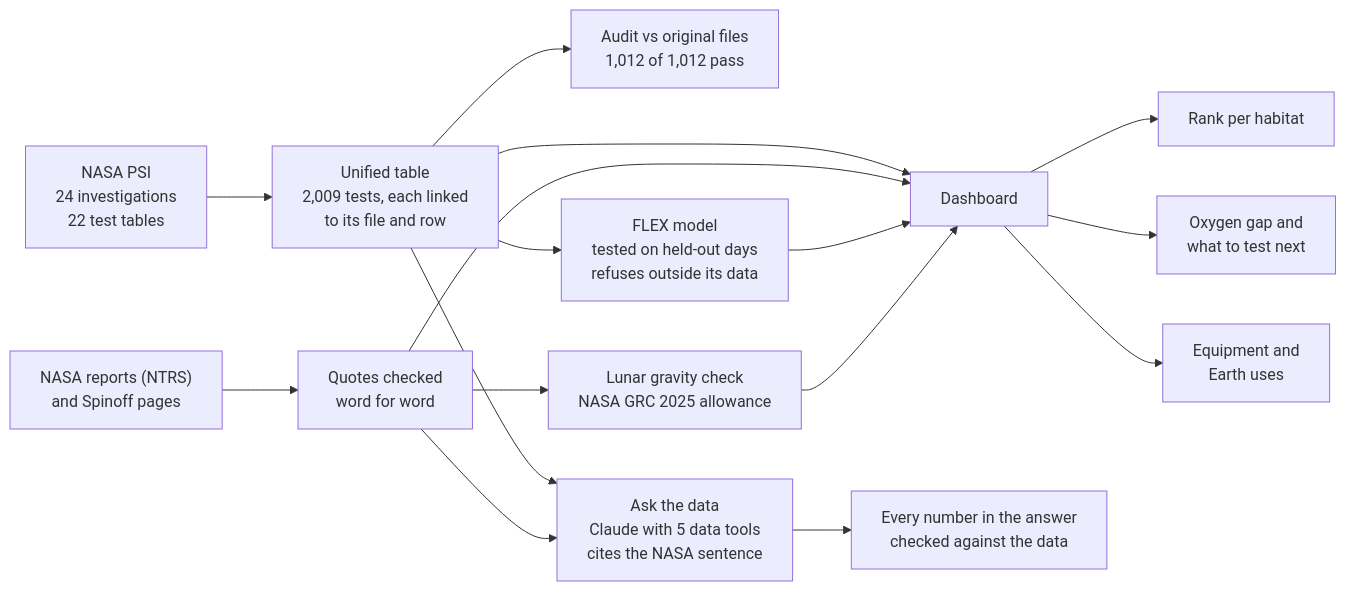
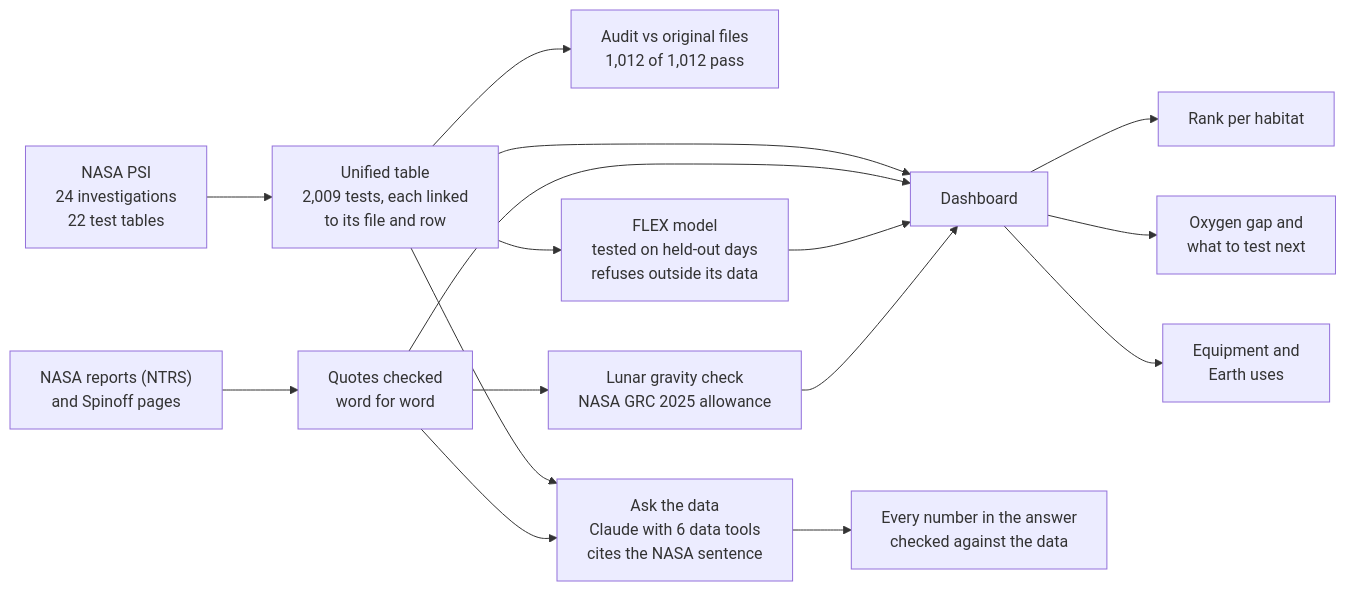
One commit to igeorgegabriel/Nasa_Space_Challenge changed the diagram in README.md. Above: the diagram before and after it, drawn with Mermaid. The commit also changed 3 other files, not shown here.

First line of the commit message:
Ask can run the FLEX model; Data page shows the v2 Ask check

````diff
--- a/README.md
+++ b/README.md
@@ -21,18 +21,18 @@
 ```mermaid
 flowchart LR
   P["NASA PSI<br/>24 investigations<br/>22 test tables"] --> U["Unified table<br/>2,009 tests, each linked<br/>to its file and row"]
   U --> A["Audit vs original files<br/>1,012 of 1,012 pass"]
   N["NASA reports (NTRS)<br/>and Spinoff pages"] --> Q["Quotes checked<br/>word for word"]
   U --> F["FLEX model<br/>tested on held-out days<br/>refuses outside its data"]
   Q --> L["Lunar gravity check<br/>NASA GRC 2025 allowance"]
   U --> D["Dashboard"]
   Q --> D
   F --> D
   L --> D
   D --> R["Rank per habitat"]
   D --> G["Oxygen gap and<br/>what to test next"]
   D --> E["Equipment and<br/>Earth uses"]
-  U --> K["Ask the data<br/>Claude with 5 data tools<br/>cites the NASA sentence"]
+  U --> K["Ask the data<br/>Claude with 6 data tools<br/>cites the NASA sentence"]
   Q --> K
   K --> C["Every number in the answer<br/>checked against the data"]
 ```
````
